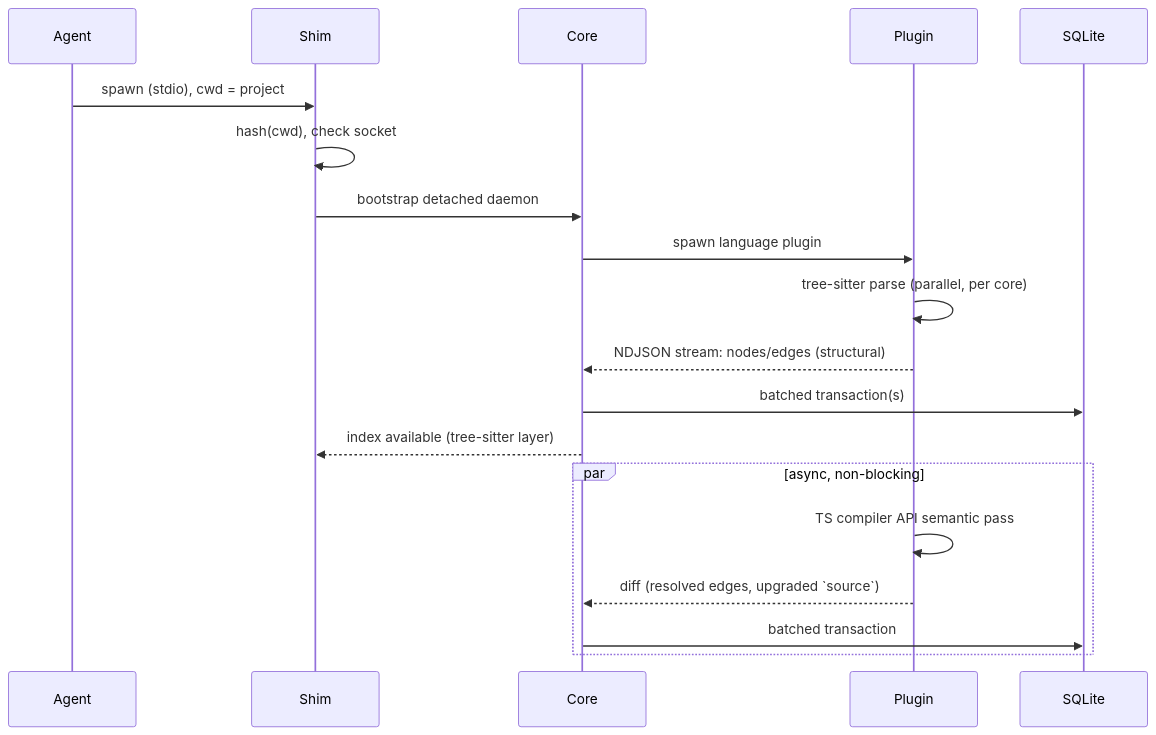
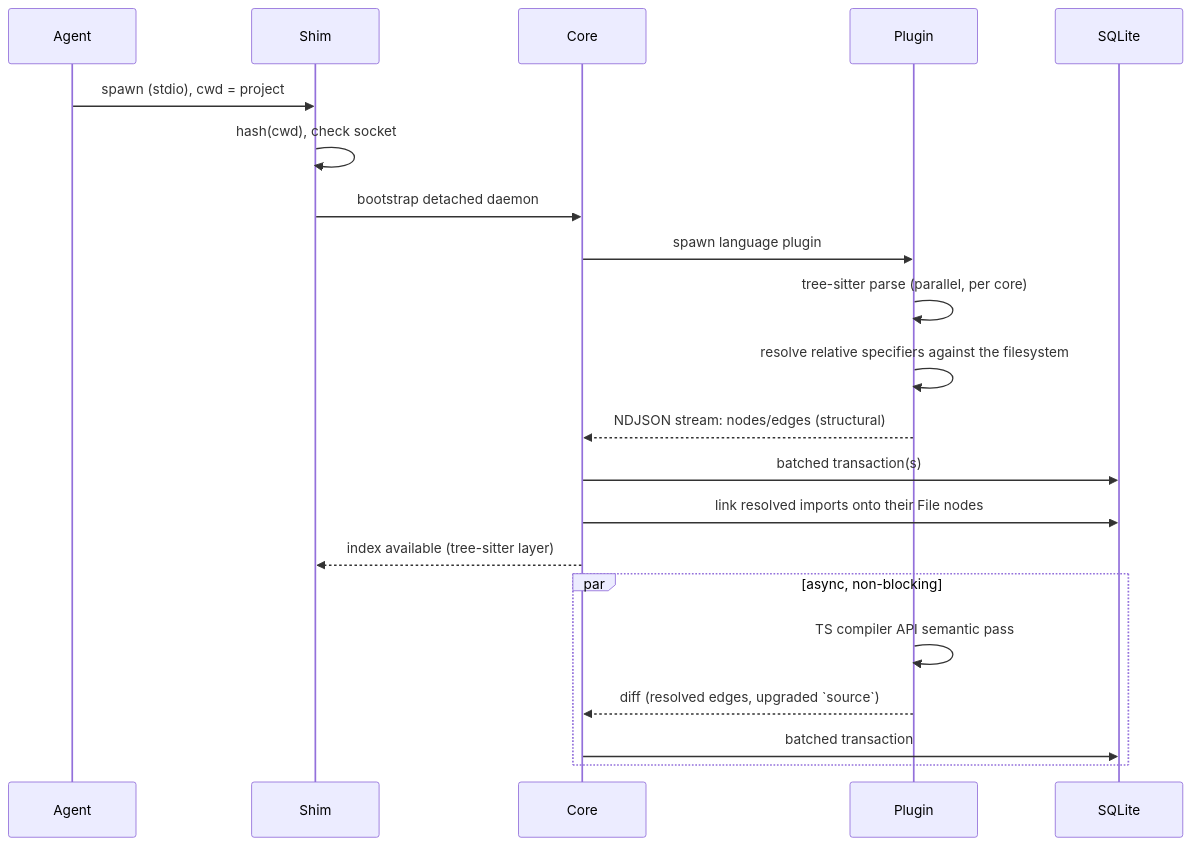
Before and after one commit to madmurdok/g-mesh: the second of 5 diagrams in docs/architecture/g-mesh-v1.md, drawn with Mermaid. The commit also changed other lines of this file, not shown here.

First line of the commit message:
docs: describe how imports are resolved and what stays unresolved

````diff
--- a/docs/architecture/g-mesh-v1.md
+++ b/docs/architecture/g-mesh-v1.md
@@ -169,22 +169,24 @@
 ```mermaid
 sequenceDiagram
     participant Agent
     participant Shim
     participant Core
     participant Plugin
     participant DB as SQLite
 
     Agent->>Shim: spawn (stdio), cwd = project
     Shim->>Shim: hash(cwd), check socket
     Shim->>Core: bootstrap detached daemon
     Core->>Plugin: spawn language plugin
     Plugin->>Plugin: tree-sitter parse (parallel, per core)
+    Plugin->>Plugin: resolve relative specifiers against the filesystem
     Plugin-->>Core: NDJSON stream: nodes/edges (structural)
     Core->>DB: batched transaction(s)
+    Core->>DB: link resolved imports onto their File nodes
     Core-->>Shim: index available (tree-sitter layer)
     par async, non-blocking
         Plugin->>Plugin: TS compiler API semantic pass
         Plugin-->>Core: diff (resolved edges, upgraded `source`)
         Core->>DB: batched transaction
     end
 ```
````
